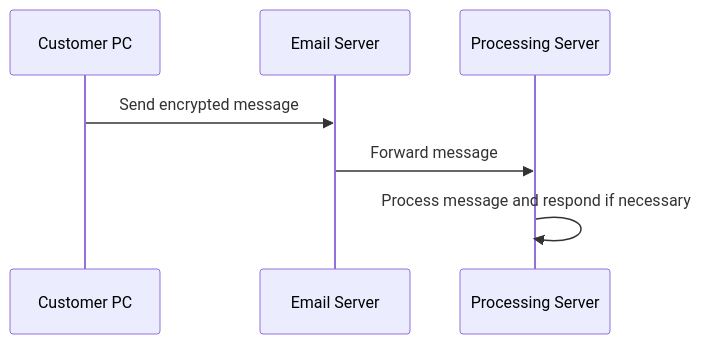
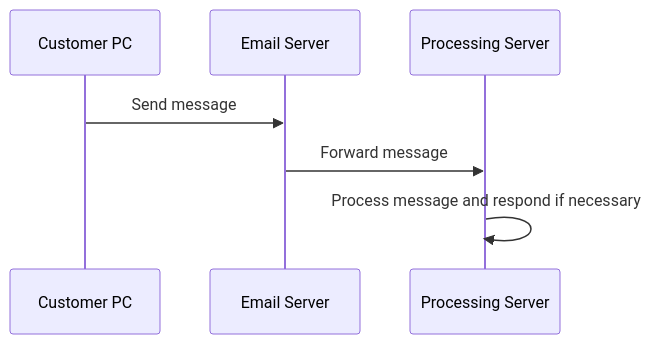
One commit to NADOOIT/NADOO-Connect changed the first of 4 diagrams in README.md. Above: the diagram before and after it, drawn with Mermaid. The commit also changed other lines of this file, not shown here.

````diff
--- a/README.md
+++ b/README.md
@@ -19,10 +19,10 @@
 ```mermaid
 sequenceDiagram
     participant CustomerPC as Customer PC
     participant EmailServer as Email Server
     participant ProcessingServer as Processing Server
 
-    CustomerPC->>EmailServer: Send encrypted message
+    CustomerPC->>EmailServer: Send message
     EmailServer->>ProcessingServer: Forward message
     ProcessingServer->>ProcessingServer: Process message and respond if necessary
 ```
````
